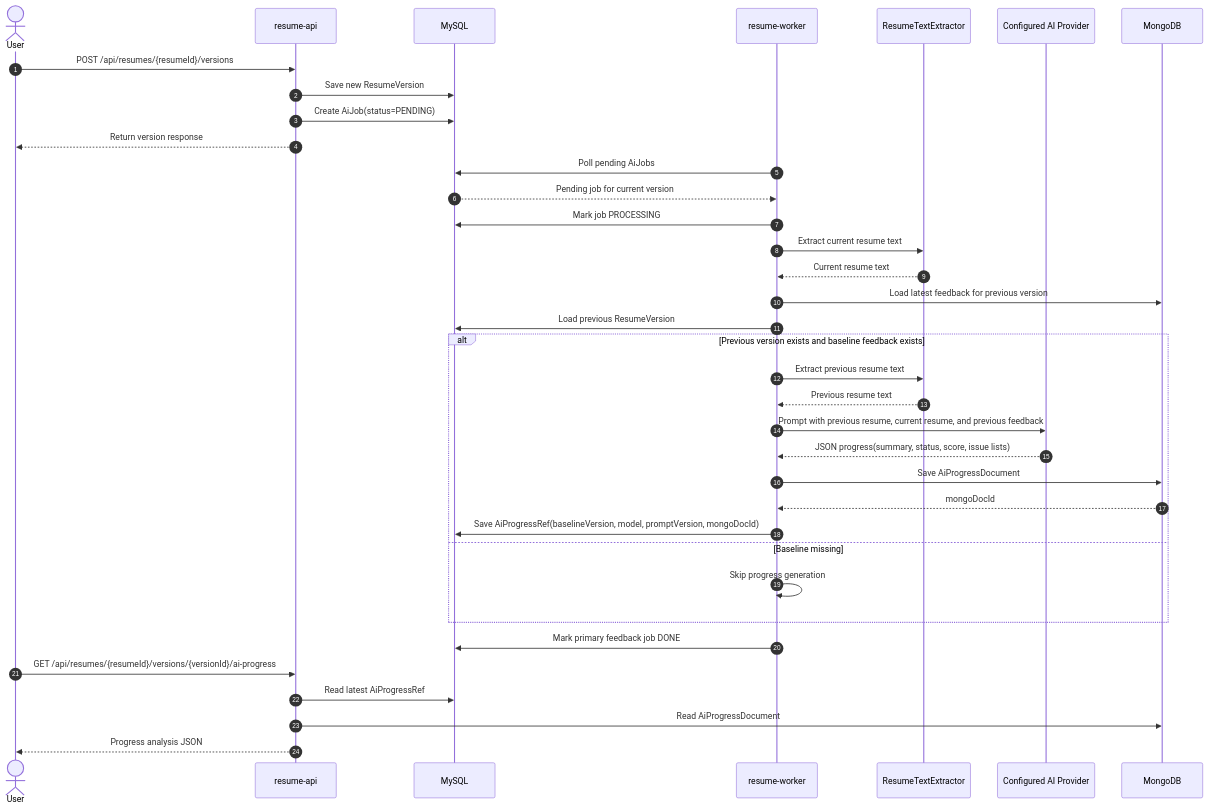
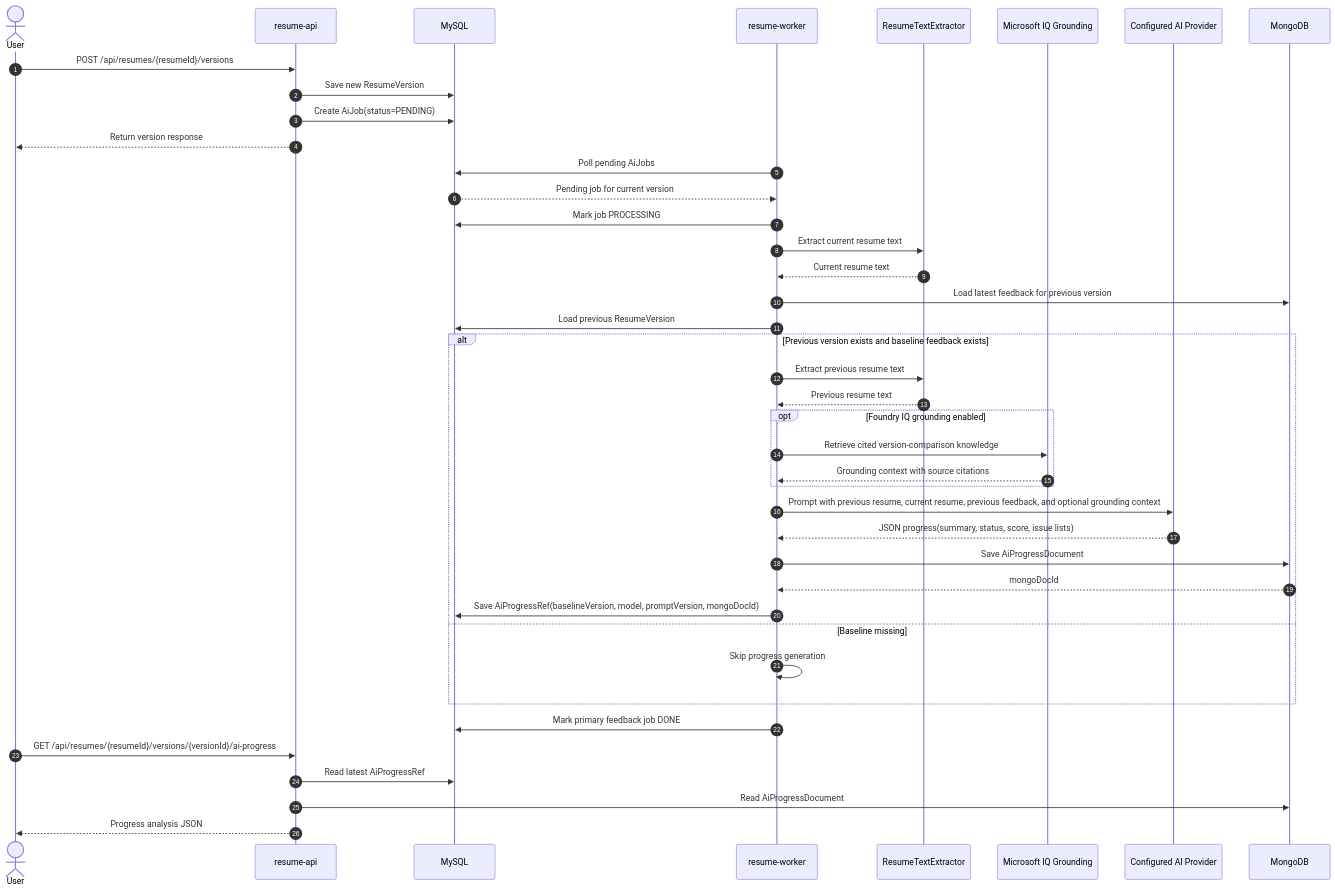
The third of 3 diagrams in docs/project-documentation/architecture.md (helenapedro/resume-feedback-platform), drawn with Mermaid before and after one commit. The commit also changed other lines of this file and 22 other files, not shown here.

Commit message:
feat: add Foundry IQ grounding integration

````diff
--- a/docs/project-documentation/architecture.md
+++ b/docs/project-documentation/architecture.md
@@ -106,44 +113,49 @@
 ```mermaid
 sequenceDiagram
     autonumber
     actor User
     participant API as resume-api
     participant MySQL as MySQL
     participant Worker as resume-worker
     participant Extractor as ResumeTextExtractor
+    participant Grounding as Microsoft IQ Grounding
     participant Provider as Configured AI Provider
     participant Mongo as MongoDB
 
     User->>API: POST /api/resumes/{resumeId}/versions
     API->>MySQL: Save new ResumeVersion
     API->>MySQL: Create AiJob(status=PENDING)
     API-->>User: Return version response
 
     Worker->>MySQL: Poll pending AiJobs
     MySQL-->>Worker: Pending job for current version
     Worker->>MySQL: Mark job PROCESSING
 
     Worker->>Extractor: Extract current resume text
     Extractor-->>Worker: Current resume text
     Worker->>Mongo: Load latest feedback for previous version
     Worker->>MySQL: Load previous ResumeVersion
 
     alt Previous version exists and baseline feedback exists
         Worker->>Extractor: Extract previous resume text
         Extractor-->>Worker: Previous resume text
-        Worker->>Provider: Prompt with previous resume, current resume, and previous feedback
+        opt Foundry IQ grounding enabled
+            Worker->>Grounding: Retrieve cited version-comparison knowledge
+            Grounding-->>Worker: Grounding context with source citations
+        end
+        Worker->>Provider: Prompt with previous resume, current resume, previous feedback, and optional grounding context
         Provider-->>Worker: JSON progress(summary, status, score, issue lists)
         Worker->>Mongo: Save AiProgressDocument
         Mongo-->>Worker: mongoDocId
         Worker->>MySQL: Save AiProgressRef(baselineVersion, model, promptVersion, mongoDocId)
     else Baseline missing
         Worker->>Worker: Skip progress generation
     end
 
     Worker->>MySQL: Mark primary feedback job DONE
 
     User->>API: GET /api/resumes/{resumeId}/versions/{versionId}/ai-progress
     API->>MySQL: Read latest AiProgressRef
     API->>Mongo: Read AiProgressDocument
     API-->>User: Progress analysis JSON
 ```
````
